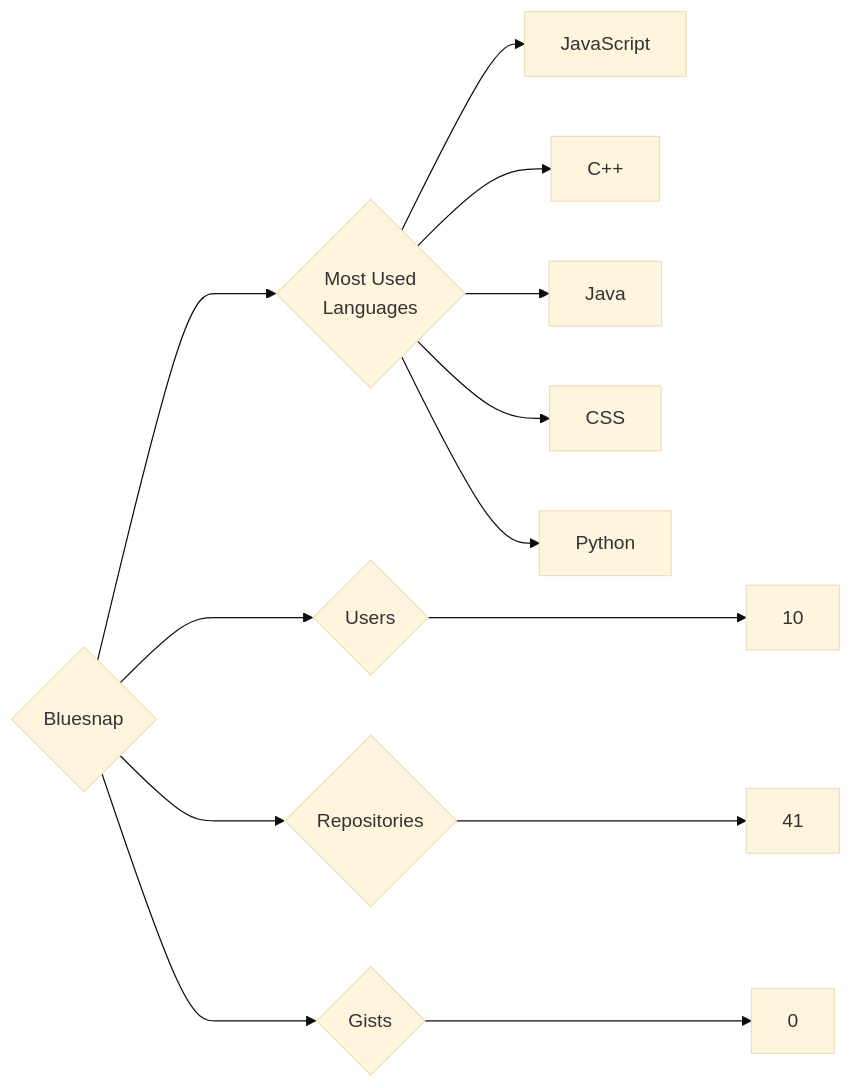
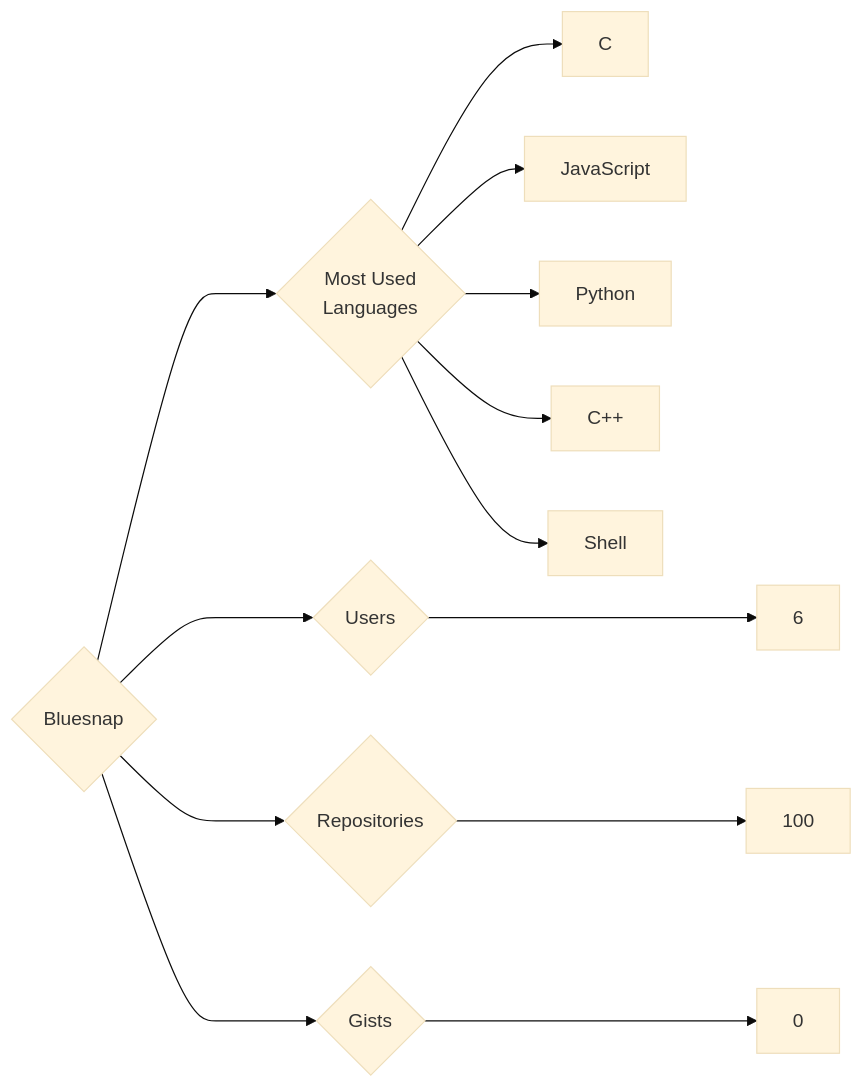
Before and after one commit to trickest/insiders: the diagram in targets/Bluesnap/README.md, drawn with Mermaid (base theme). The commit also changed 944 other files, not shown here.

````diff
--- a/targets/Bluesnap/README.md
+++ b/targets/Bluesnap/README.md
@@ -3,13 +3,13 @@
 ```mermaid
 graph LR
 COMPANY_NAME{Bluesnap}
-COMPANY_NAME ---> U{Users} ---> UN[10]
-COMPANY_NAME ---> R{Repositories} ---> RN[41]
+COMPANY_NAME ---> U{Users} ---> UN[6]
+COMPANY_NAME ---> R{Repositories} ---> RN[100]
 COMPANY_NAME ---> G{Gists} ---> GN[0]
 COMPANY_NAME ---> ML{Most Used<br>Languages}
+ML --> C[C]
 ML --> JavaScript[JavaScript]
+ML --> Python[Python]
 ML --> C++[C++]
-ML --> Java[Java]
-ML --> CSS[CSS]
-ML --> Python[Python]
+ML --> Shell[Shell]
 ```
````
